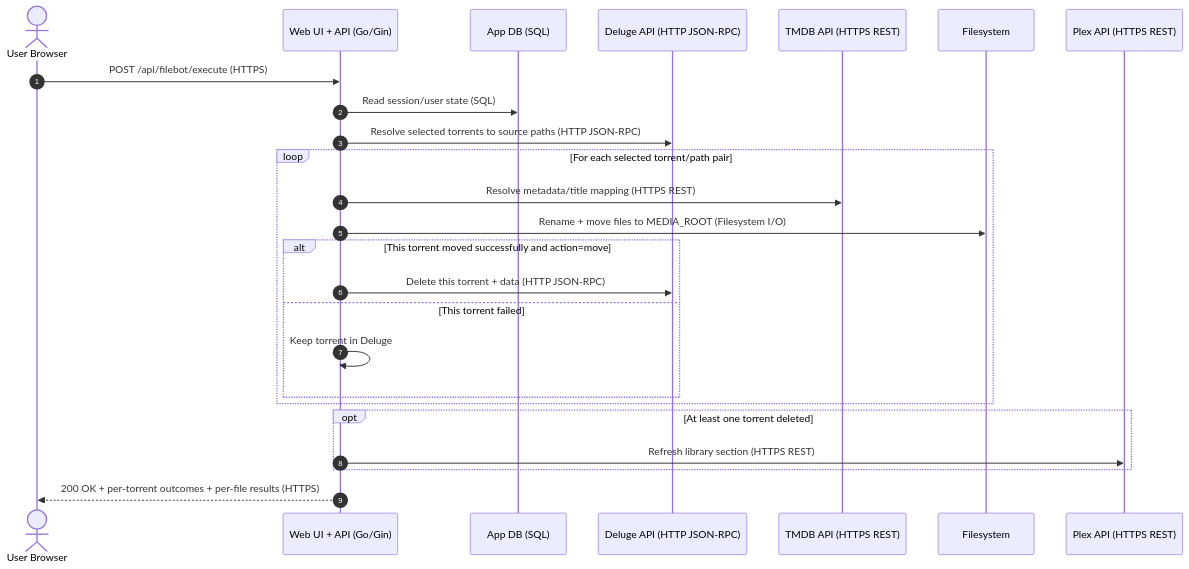
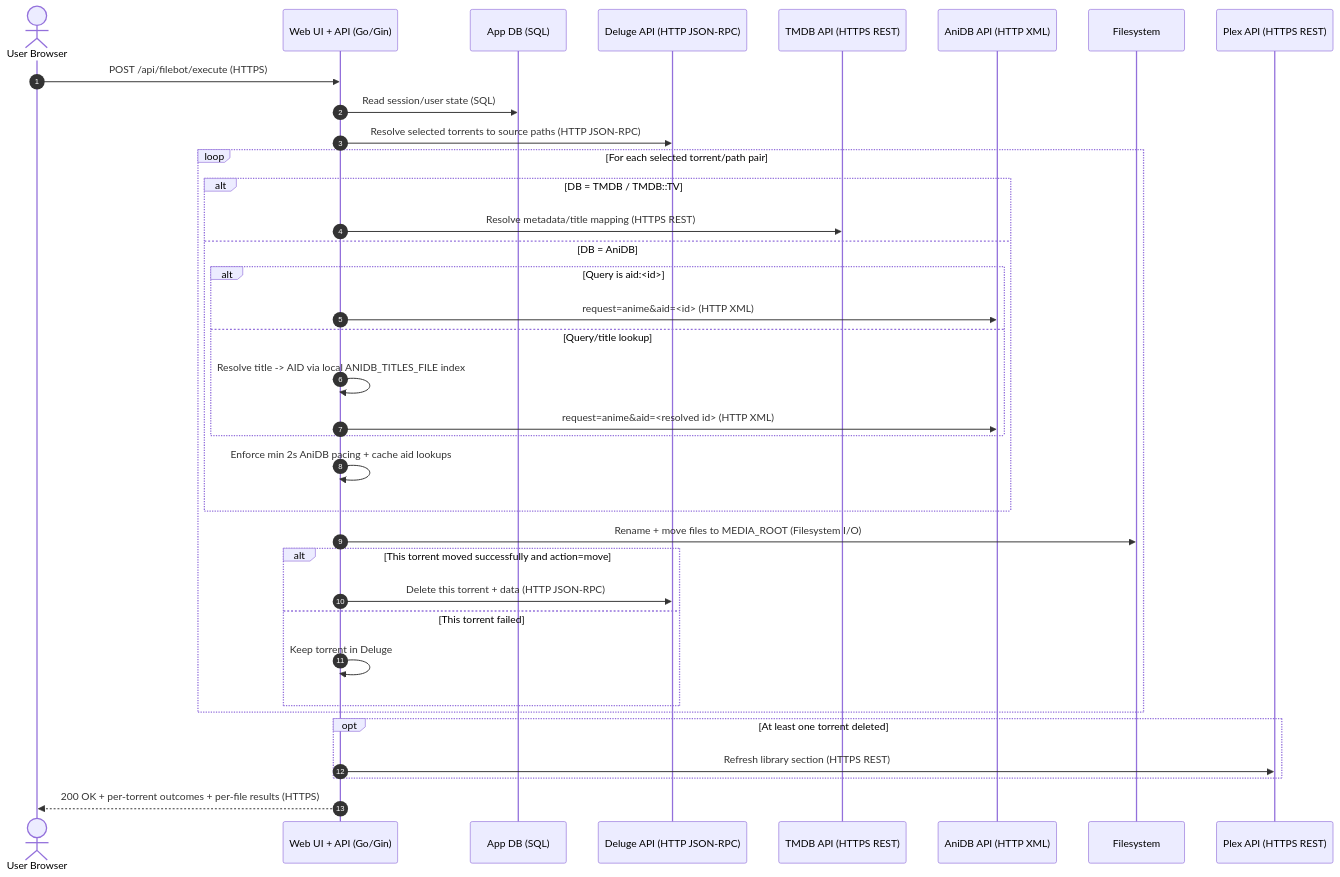
Before and after one commit to darknessnerd/filebot-webui: the second of 2 diagrams in doc/architecture.md, drawn with Mermaid. The commit also changed other lines of this file and 17 other files, not shown here.

````diff
--- a/doc/architecture.md
+++ b/doc/architecture.md
@@ -36,28 +39,39 @@
 ```mermaid
 sequenceDiagram
   autonumber
   actor User as User Browser
   participant API as Web UI + API (Go/Gin)
   participant DB as App DB (SQL)
   participant Deluge as Deluge API (HTTP JSON-RPC)
   participant TMDB as TMDB API (HTTPS REST)
+  participant AniDB as AniDB API (HTTP XML)
   participant FS as Filesystem
   participant Plex as Plex API (HTTPS REST)
 
   User->>API: POST /api/filebot/execute (HTTPS)
   API->>DB: Read session/user state (SQL)
   API->>Deluge: Resolve selected torrents to source paths (HTTP JSON-RPC)
   loop For each selected torrent/path pair
-    API->>TMDB: Resolve metadata/title mapping (HTTPS REST)
+    alt DB = TMDB / TMDB::TV
+      API->>TMDB: Resolve metadata/title mapping (HTTPS REST)
+    else DB = AniDB
+      alt Query is aid:<id>
+        API->>AniDB: request=anime&aid=<id> (HTTP XML)
+      else Query/title lookup
+        API->>API: Resolve title -> AID via local ANIDB_TITLES_FILE index
+        API->>AniDB: request=anime&aid=<resolved id> (HTTP XML)
+      end
+      API->>API: Enforce min 2s AniDB pacing + cache aid lookups
+    end
     API->>FS: Rename + move files to MEDIA_ROOT (Filesystem I/O)
     alt This torrent moved successfully and action=move
       API->>Deluge: Delete this torrent + data (HTTP JSON-RPC)
     else This torrent failed
       API->>API: Keep torrent in Deluge
     end
   end
   opt At least one torrent deleted
     API->>Plex: Refresh library section (HTTPS REST)
   end
   API-->>User: 200 OK + per-torrent outcomes + per-file results (HTTPS)
 ```
````
